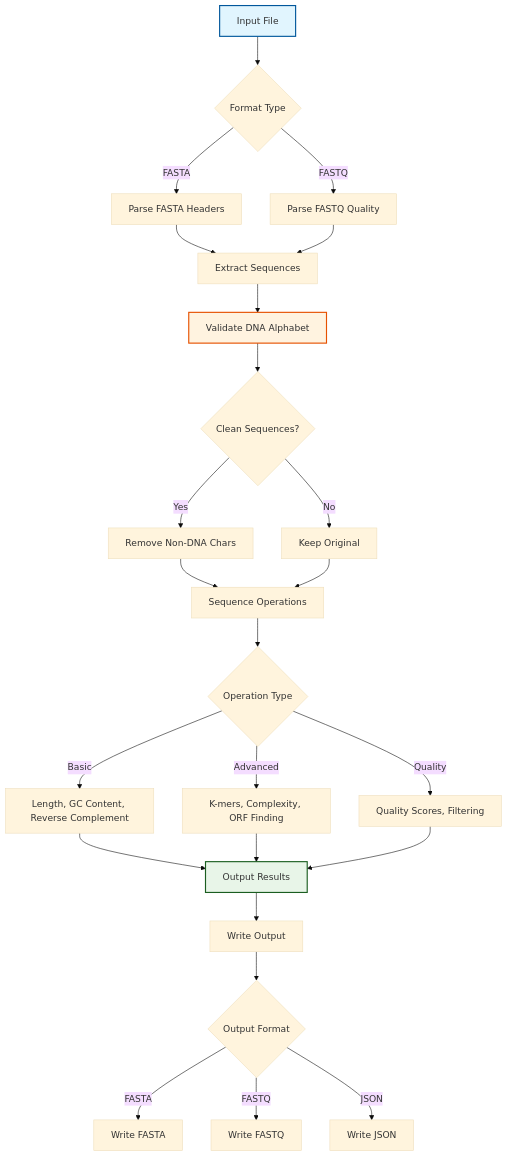
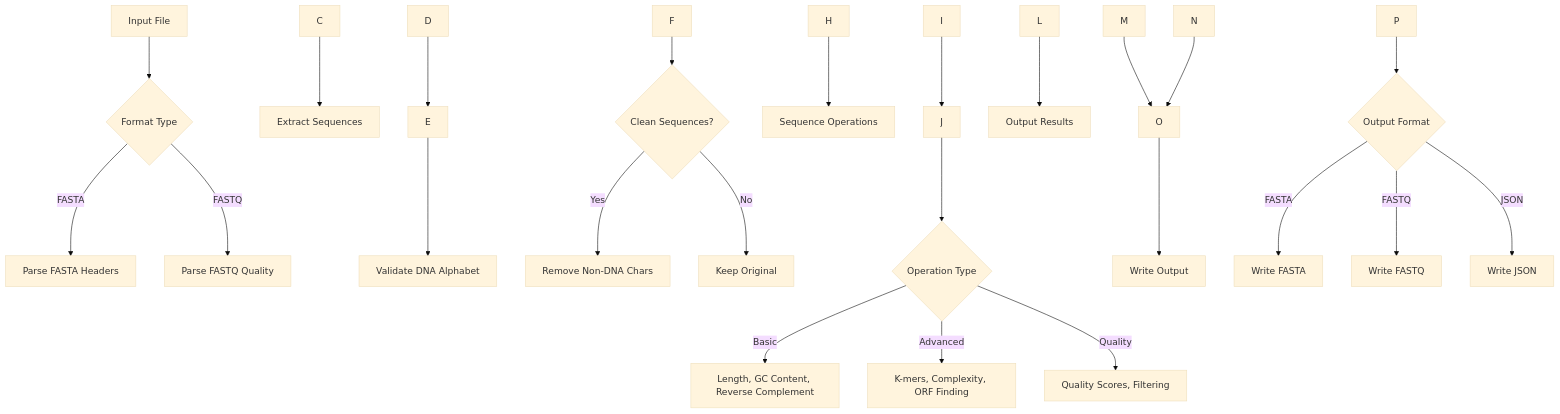
The third of 4 diagrams in src/metainformant/dna/README.md (docxology/MetaInformAnt), drawn with Mermaid (base theme) before and after one commit. The commit also changed other lines of this file and 611 other files, not shown here.

````diff
--- a/src/metainformant/dna/README.md
+++ b/src/metainformant/dna/README.md
@@ -88,36 +88,33 @@
 ```mermaid
 graph TD
-    A[Input File] --> B{Format Type}
-    B -->|FASTA| C[Parse FASTA Headers]
-    B -->|FASTQ| D[Parse FASTQ Quality]
+    AinputFile[Input File] --> B{Format Type}
+    B -->|FASTA| CparseFastaHeaders[Parse FASTA Headers]
+    B -->|FASTQ| DparseFastqQuality[Parse FASTQ Quality]
 
-    C --> E[Extract Sequences]
+    C --> EextractSequences[Extract Sequences]
     D --> E
 
-    E --> F[Validate DNA Alphabet]
+    E --> FvalidateDnaAlphabet[Validate DNA Alphabet]
     F --> G{Clean Sequences?}
-    G -->|Yes| H[Remove Non-DNA Chars]
-    G -->|No| I[Keep Original]
+    G -->|Yes| HremoveNon-dnaChars[Remove Non-DNA Chars]
+    G -->|No| IkeepOriginal[Keep Original]
 
-    H --> J[Sequence Operations]
+    H --> JsequenceOperations[Sequence Operations]
     I --> J
 
     J --> K{Operation Type}
-    K -->|Basic| L[Length, GC Content, Reverse Complement]
-    K -->|Advanced| M[K-mers, Complexity, ORF Finding]
-    K -->|Quality| N[Quality Scores, Filtering]
+    K -->|Basic| Llength,GcContent,ReverseComplement[Length, GC Content, Reverse Complement]
+    K -->|Advanced| Mk-mers,Complexity,OrfFinding[K-mers, Complexity, ORF Finding]
+    K -->|Quality| NqualityScores,Filtering[Quality Scores, Filtering]
 
-    L --> O[Output Results]
+    L --> OoutputResults[Output Results]
     M --> O
     N --> O
 
-    O --> P[Write Output]
+    O --> PwriteOutput[Write Output]
     P --> Q{Output Format}
-    Q -->|FASTA| R[Write FASTA]
-    Q -->|FASTQ| S[Write FASTQ]
-    Q -->|JSON| T[Write JSON]
+    Q -->|FASTA| RwriteFasta[Write FASTA]
+    Q -->|FASTQ| SwriteFastq[Write FASTQ]
+    Q -->|JSON| TwriteJson[Write JSON]
 
-    style A fill:#e1f5fe,stroke:#01579b,stroke-width:2px
-    style F fill:#fff3e0,stroke:#e65100,stroke-width:2px
-    style O fill:#e8f5e8,stroke:#1b5e20,stroke-width:2px
 ```
````
